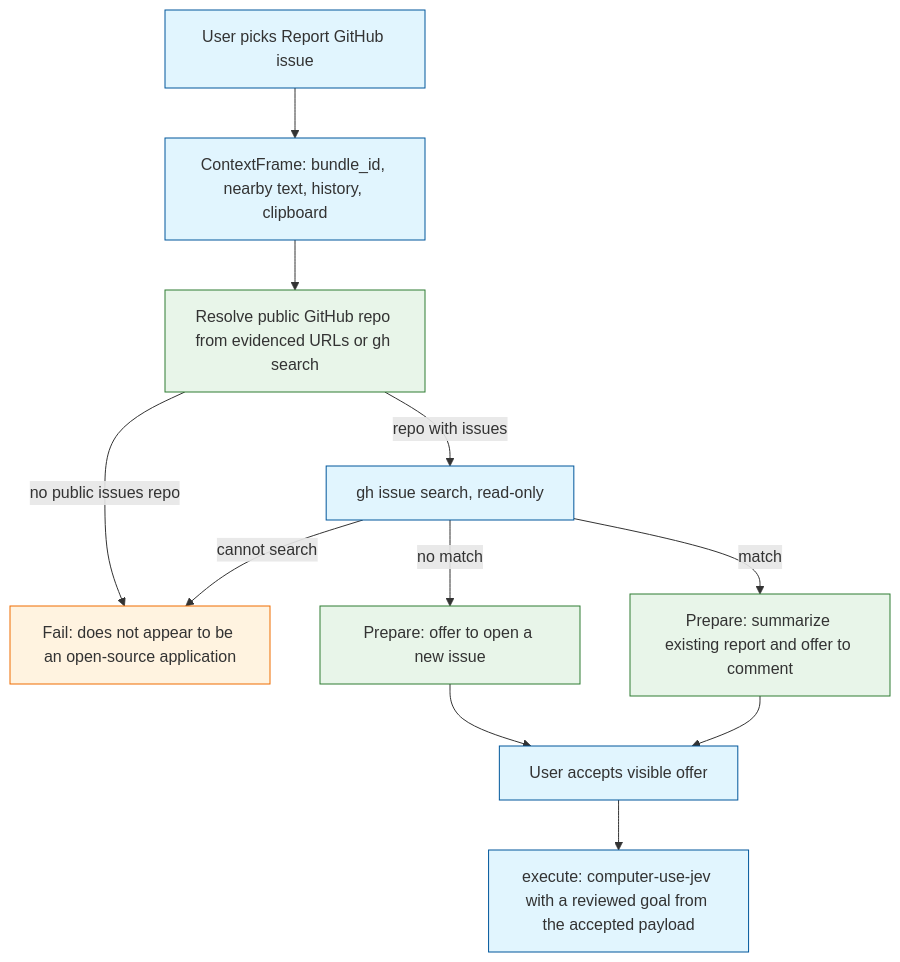
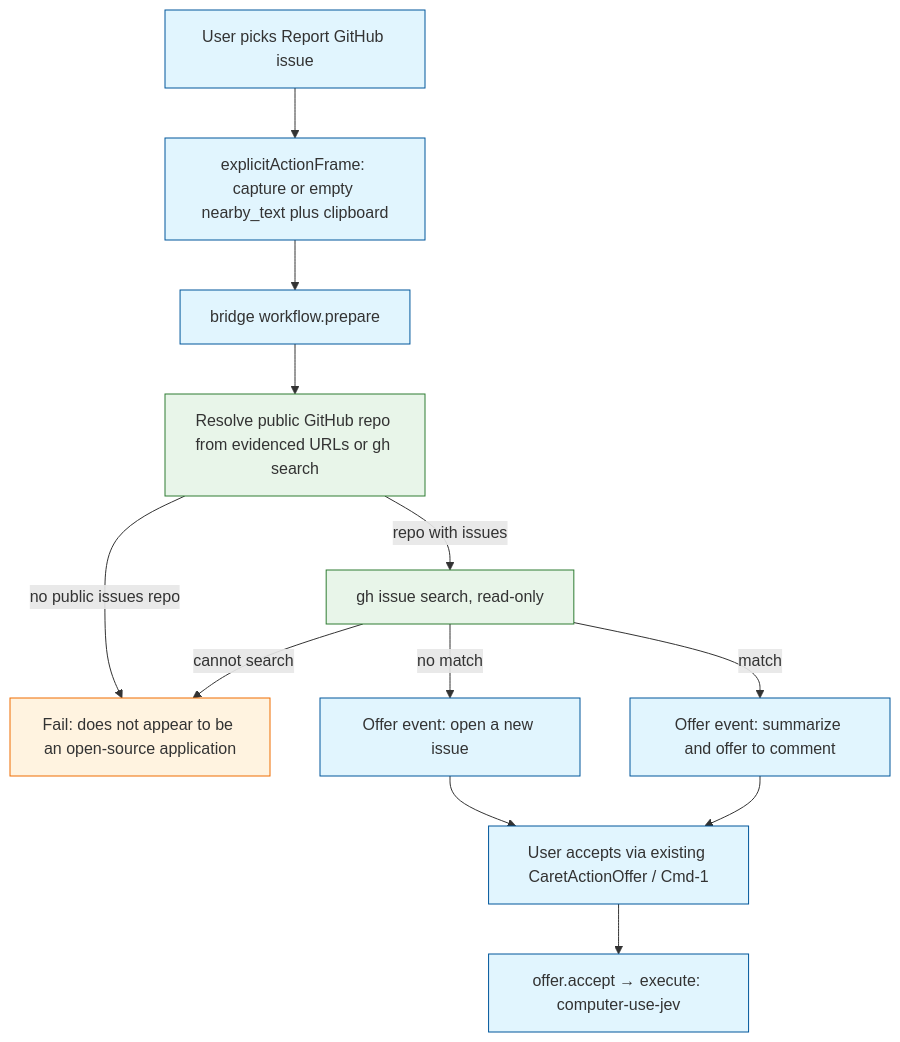
Before and after one commit to theodorexli/Caret: the first of 2 diagrams in memory-bank/active/tasks.md, drawn with Mermaid. The commit also changed other lines of this file and 3 other files, not shown here.

````diff
--- a/memory-bank/active/tasks.md
+++ b/memory-bank/active/tasks.md
@@ -15,17 +17,18 @@
 ```mermaid
 flowchart TD
     classDef existing fill:#e1f5fe,stroke:#01579b
     classDef local fill:#e8f5e9,stroke:#2e7d32
     classDef fail fill:#fff3e0,stroke:#ef6c00
 
-    Invoke["User picks Report GitHub issue"]:::existing --> Frame["ContextFrame: bundle_id, nearby text, history, clipboard"]:::existing
-    Frame --> Resolve["Resolve public GitHub repo from evidenced URLs or gh search"]:::local
+    Invoke["User picks Report GitHub issue"]:::existing --> Frame["explicitActionFrame: capture or empty nearby_text plus clipboard"]:::existing
+    Frame --> Prepare["bridge workflow.prepare"]:::existing
+    Prepare --> Resolve["Resolve public GitHub repo from evidenced URLs or gh search"]:::local
     Resolve -->|"no public issues repo"| OssFail["Fail: does not appear to be an open-source application"]:::fail
-    Resolve -->|"repo with issues"| Search["gh issue search, read-only"]:::existing
+    Resolve -->|"repo with issues"| Search["gh issue search, read-only"]:::local
     Search -->|"cannot search"| OssFail
-    Search -->|"no match"| OfferNew["Prepare: offer to open a new issue"]:::local
-    Search -->|"match"| OfferComment["Prepare: summarize existing report and offer to comment"]:::local
-    OfferNew --> Accept["User accepts visible offer"]:::existing
+    Search -->|"no match"| OfferNew["Offer event: open a new issue"]:::existing
+    Search -->|"match"| OfferComment["Offer event: summarize and offer to comment"]:::existing
+    OfferNew --> Accept["User accepts via existing CaretActionOffer / Cmd-1"]:::existing
     OfferComment --> Accept
-    Accept --> Jev["execute: computer-use-jev with a reviewed goal from the accepted payload"]:::existing
+    Accept --> Jev["offer.accept → execute: computer-use-jev"]:::existing
 ```
````
